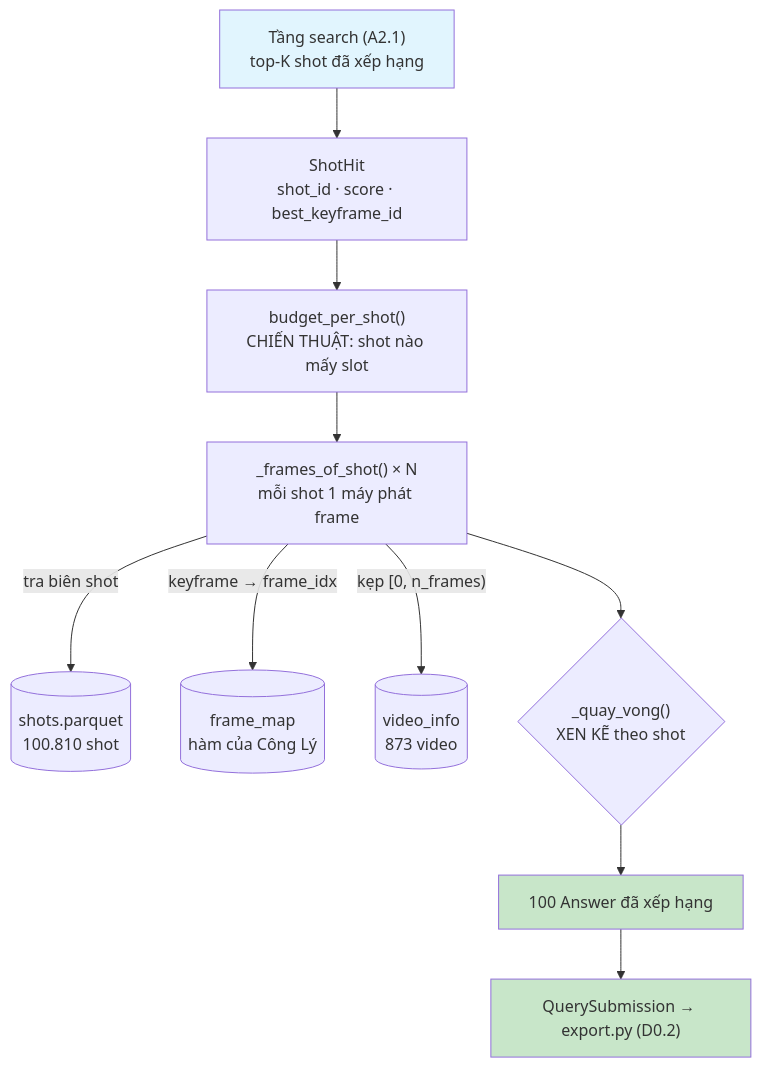
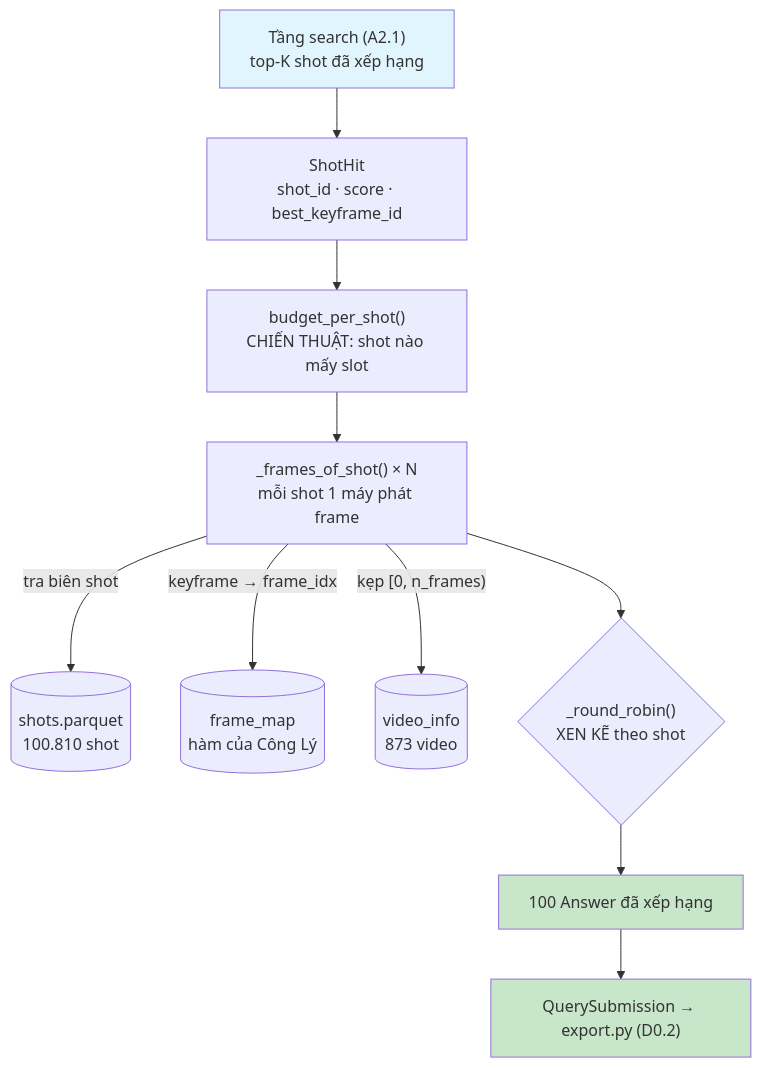
Before and after one commit to Cts7426/AI-Challenge---AIC2026---475: the diagram in reports/D31_TECHNICAL_REPORT.md, drawn with Mermaid. The commit also changed other lines of this file and 19 other files, not shown here.

````diff
--- a/reports/D31_TECHNICAL_REPORT.md
+++ b/reports/D31_TECHNICAL_REPORT.md
@@ -64,16 +64,16 @@
 ```mermaid
 flowchart TD
     A["Tầng search (A2.1)<br/>top-K shot đã xếp hạng"] --> B["ShotHit<br/>shot_id · score · best_keyframe_id"]
     B --> C["budget_per_shot()<br/>CHIẾN THUẬT: shot nào mấy slot"]
     C --> D["_frames_of_shot() × N<br/>mỗi shot 1 máy phát frame"]
     D -->|"tra biên shot"| E[("shots.parquet<br/>100.810 shot")]
     D -->|"keyframe → frame_idx"| F[("frame_map<br/>hàm của Công Lý")]
     D -->|"kẹp [0, n_frames)"| G[("video_info<br/>873 video")]
-    D --> H{"_quay_vong()<br/>XEN KẼ theo shot"}
+    D --> H{"_round_robin()<br/>XEN KẼ theo shot"}
     H --> I["100 Answer đã xếp hạng"]
     I --> J["QuerySubmission → export.py (D0.2)"]
 
     style A fill:#e1f5fe
     style I fill:#c8e6c9
     style J fill:#c8e6c9
 ```
````
